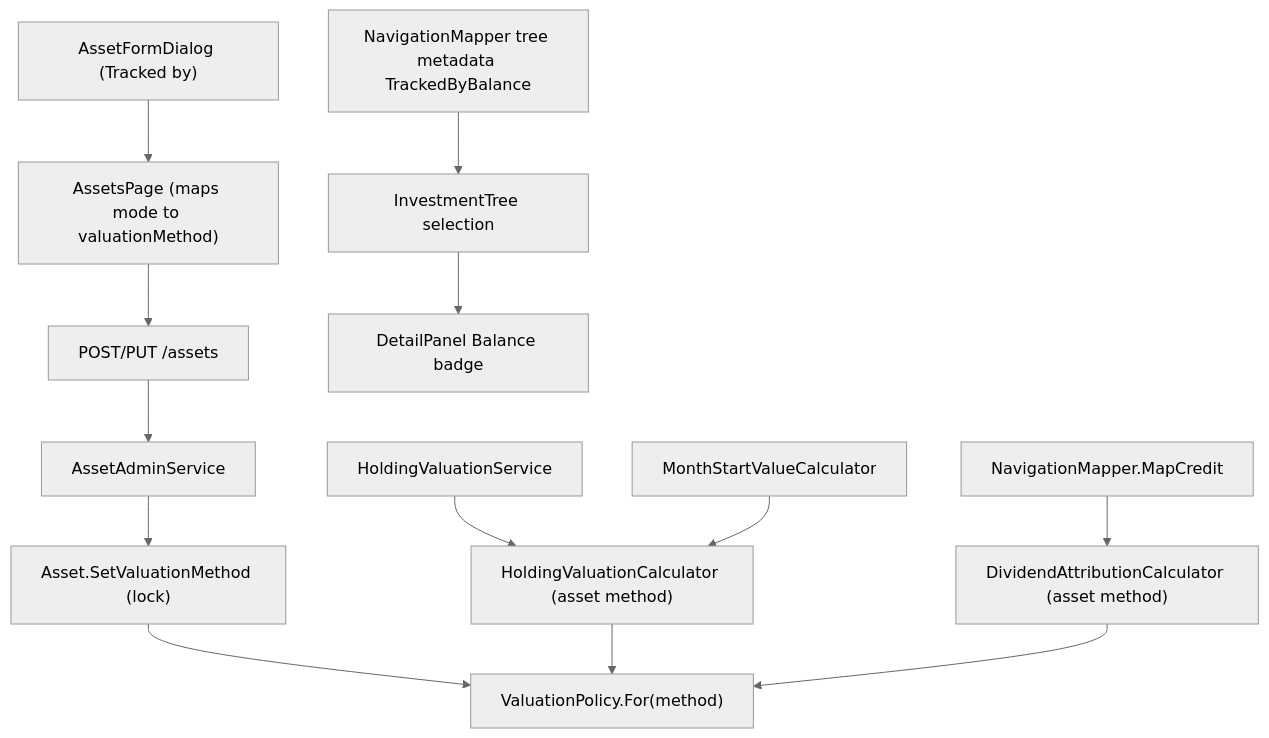
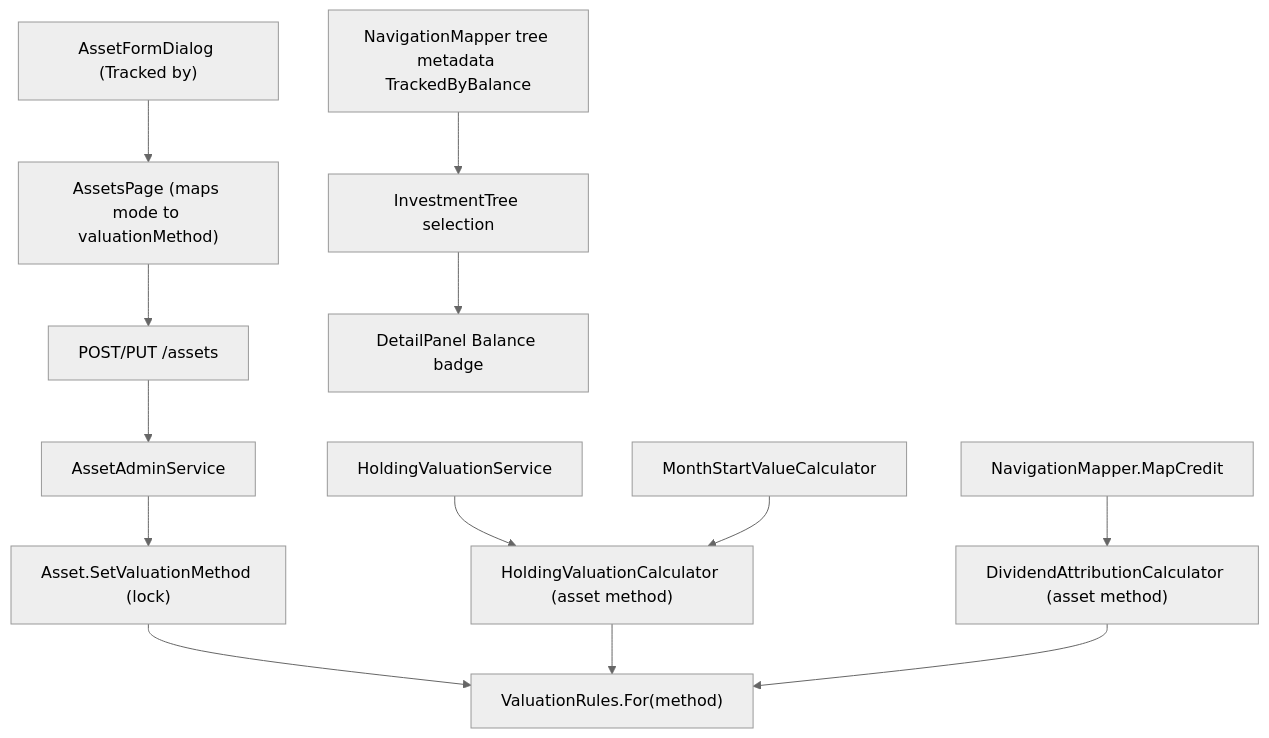
Before and after one commit to ggibellato/Financial: the diagram in docs/prd/P69-prd-investments-without-quantity/features/P69-F01-balance-tracked-holding-option/spec.md, drawn with Mermaid (neutral theme). The commit also changed other lines of this file and 3 other files, not shown here.

First line of the commit message:
docs: rename P69 ValuationPolicy to ValuationRules

````diff
--- a/docs/prd/P69-prd-investments-without-quantity/features/P69-F01-balance-tracked-holding-option/spec.md
+++ b/docs/prd/P69-prd-investments-without-quantity/features/P69-F01-balance-tracked-holding-option/spec.md
@@ -39,15 +39,15 @@
 ```mermaid
 graph TD
     A["AssetFormDialog (Tracked by)"] --> B["AssetsPage (maps mode to valuationMethod)"]
     B --> C["POST/PUT /assets"]
     C --> D["AssetAdminService"]
     D --> E["Asset.SetValuationMethod (lock)"]
-    E --> F["ValuationPolicy.For(method)"]
+    E --> F["ValuationRules.For(method)"]
     G["HoldingValuationService"] --> H["HoldingValuationCalculator (asset method)"]
     I["MonthStartValueCalculator"] --> H
     J["NavigationMapper.MapCredit"] --> K["DividendAttributionCalculator (asset method)"]
     H --> F
     K --> F
     L["NavigationMapper tree metadata TrackedByBalance"] --> M["InvestmentTree selection"]
     M --> N["DetailPanel Balance badge"]
 ```
````
